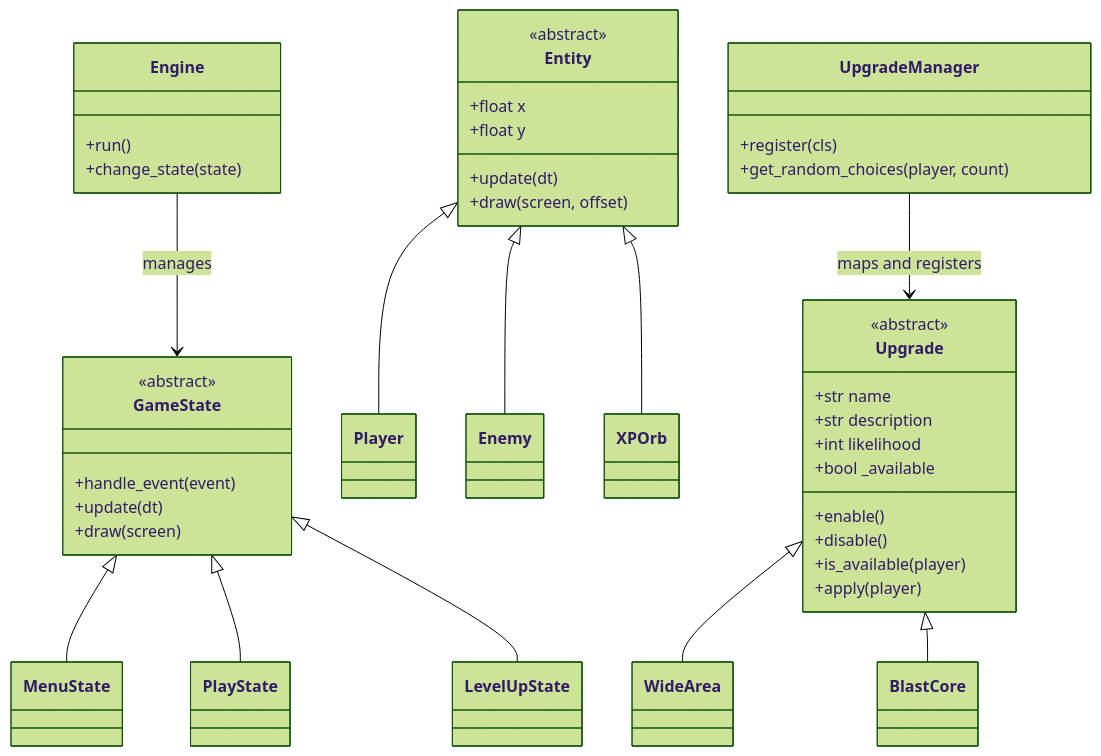
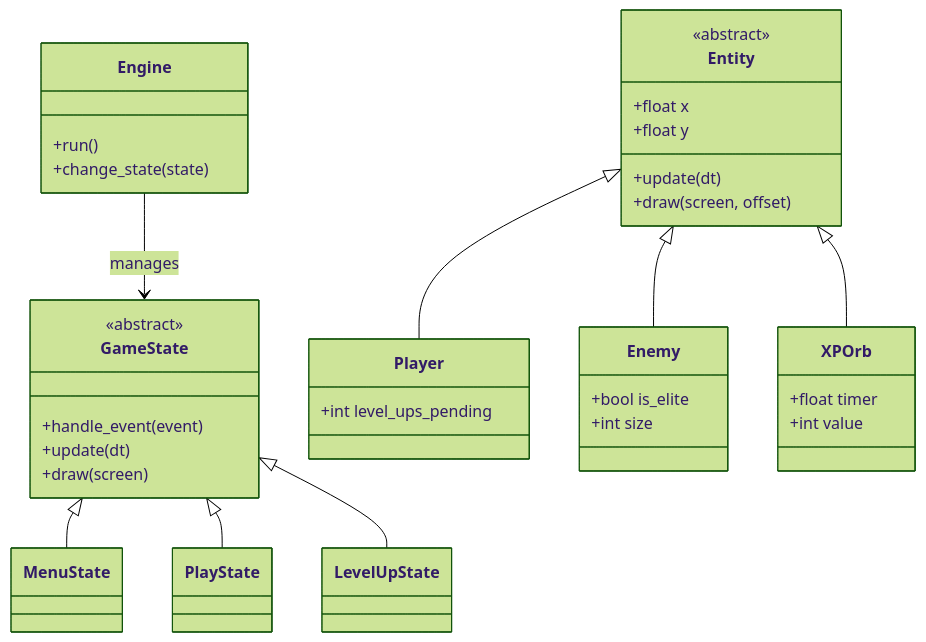
One commit to lavariall/square-survivors changed the diagram in README.md. Above: the diagram before and after it, drawn with Mermaid (forest theme). The commit also changed other lines of this file and 6 other files, not shown here.

````diff
--- a/README.md
+++ b/README.md
@@ -20,61 +21,46 @@
 ```mermaid
 classDiagram
     %% Core State Machine
     class Engine {
         +run()
         +change_state(state)
     }
     class GameState {
         <<abstract>>
         +handle_event(event)
         +update(dt)
         +draw(screen)
     }
     class MenuState { }
     class PlayState { }
     class LevelUpState { }
     
     GameState <|-- MenuState
     GameState <|-- PlayState
     GameState <|-- LevelUpState
     Engine --> GameState : manages
     
     %% Entities
     class Entity {
         <<abstract>>
         +float x
         +float y
         +update(dt)
         +draw(screen, offset)
     }
-    class Player { }
-    class Enemy { }
-    class XPOrb { }
+    class Player { 
+        +int level_ups_pending
+    }
+    class Enemy {
+        +bool is_elite
+        +int size
+    }
+    class XPOrb { 
+        +float timer
+        +int value
+    }
     
     Entity <|-- Player
     Entity <|-- Enemy
     Entity <|-- XPOrb
-
-    %% Systems
-    class Upgrade {
-        <<abstract>>
-        +str name
-        +str description
-        +int likelihood
-        +bool _available
-        +enable()
-        +disable()
-        +is_available(player)
-        +apply(player)
-    }
-    class WideArea { }
-    class BlastCore { }
-    class UpgradeManager {
-        +register(cls)
-        +get_random_choices(player, count)
-    }
-    
-    Upgrade <|-- WideArea
-    Upgrade <|-- BlastCore
-    UpgradeManager --> Upgrade : maps and registers
 ```
````
